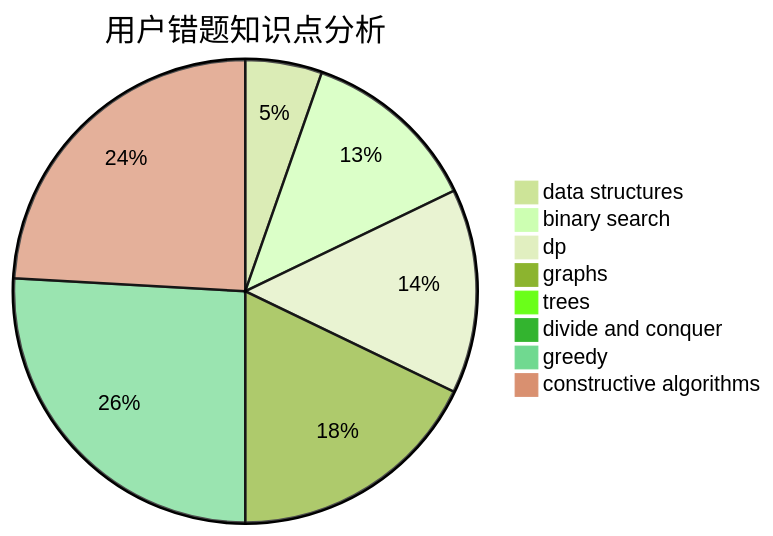
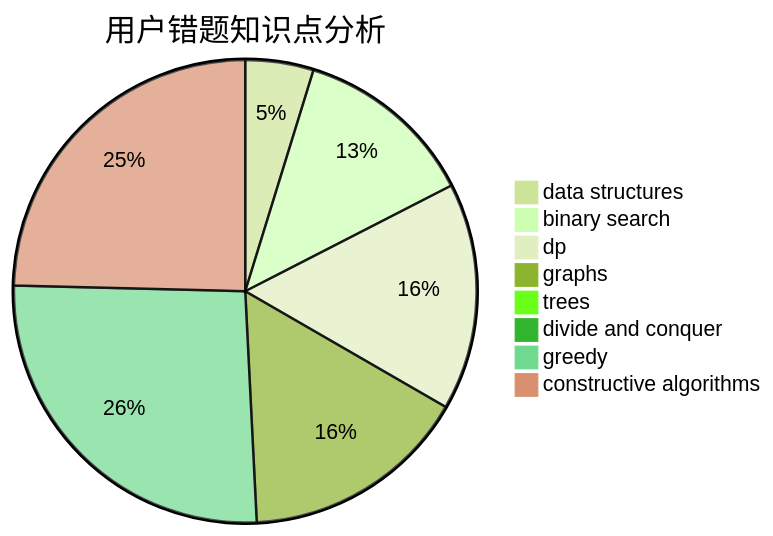
The third of 3 diagrams in docs/user/u235.md (sherpahu/cfrs.github.io), drawn with Mermaid (forest theme) before and after one commit. The commit also changed other lines of this file and 2770 other files, not shown here.

````diff
--- a/docs/user/u235.md
+++ b/docs/user/u235.md
@@ -36,11 +36,11 @@
 ```mermaid
 pie title 用户错题知识点分析
     "data structures" :  6
-    "binary search" :  14
-    "dp" :  16
+    "binary search" :  16
+    "dp" :  20
     "graphs" :  20
     "trees" :  0
     "divide and conquer" :  0
-    "greedy" :  29
-    "constructive algorithms" :  27
+    "greedy" :  33
+    "constructive algorithms" :  31
 ```
````
